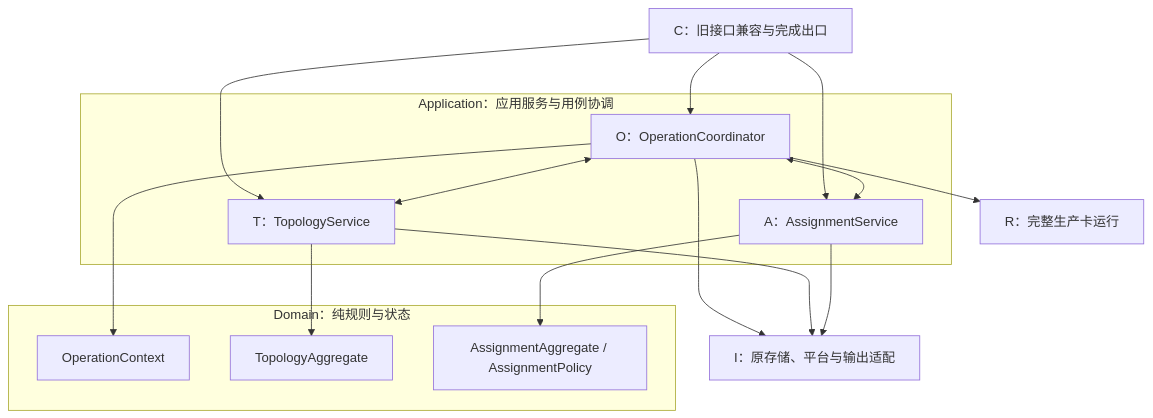
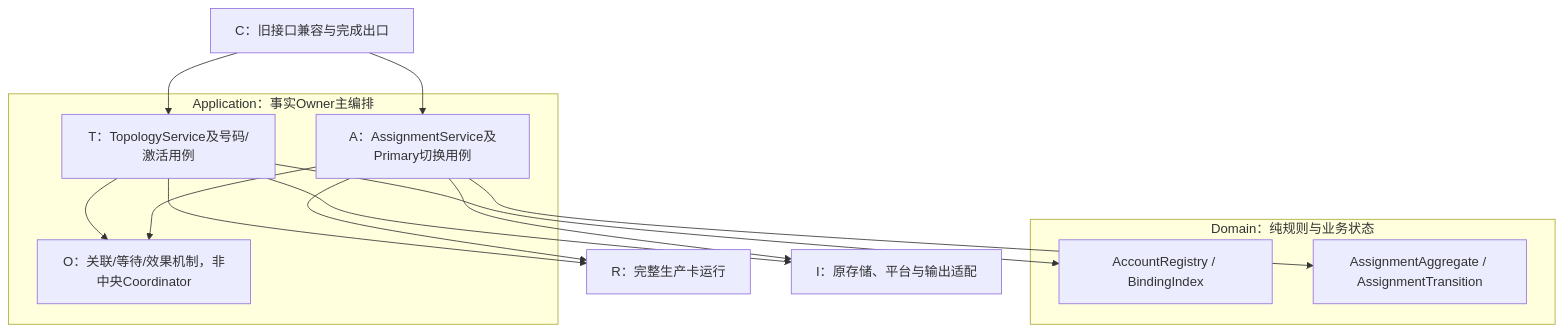
The second of 15 diagrams in telephony_core_service/docs/多SIM架构重构_设计说明与业务流程对照.md (zjuluowu/multisim), drawn with Mermaid before and after one commit. The commit also changed other lines of this file and 53 other files, not shown here.

First line of the commit message:
feat(sim): add target architecture skeleton and detailed design

````diff
--- a/telephony_core_service/docs/多SIM架构重构_设计说明与业务流程对照.md
+++ b/telephony_core_service/docs/多SIM架构重构_设计说明与业务流程对照.md
@@ -152,28 +154,25 @@
 ```mermaid
 flowchart TD
     C["C：旧接口兼容与完成出口"]
-    subgraph APP["Application：应用服务与用例协调"]
-        O["O：OperationCoordinator"]
-        T["T：TopologyService"]
-        A["A：AssignmentService"]
+    subgraph APP["Application：事实Owner主编排"]
+        T["T：TopologyService及号码/激活用例"]
+        A["A：AssignmentService及Primary切换用例"]
+        O["O：关联/等待/效果机制，非中央Coordinator"]
     end
-    subgraph DOMAIN["Domain：纯规则与状态"]
-        DO["OperationContext"]
-        DT["TopologyAggregate"]
-        DA["AssignmentAggregate / AssignmentPolicy"]
+    subgraph DOMAIN["Domain：纯规则与业务状态"]
+        DT["AccountRegistry / BindingIndex"]
+        DA["AssignmentAggregate / AssignmentTransition"]
     end
     R["R：完整生产卡运行"]
     I["I：原存储、平台与输出适配"]
-    C --> O
     C --> T
     C --> A
-    O <--> T
-    O <--> A
-    O --> DO
+    T --> O
+    A --> O
     T --> DT
     A --> DA
-    O --> R
-    O --> I
+    T --> R
+    A --> R
     T --> I
     A --> I
 ```
````
